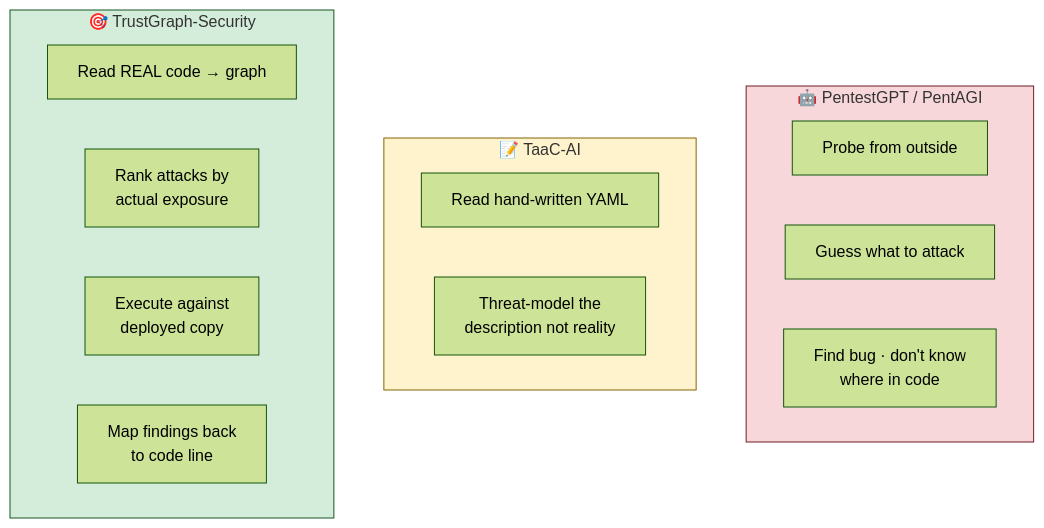
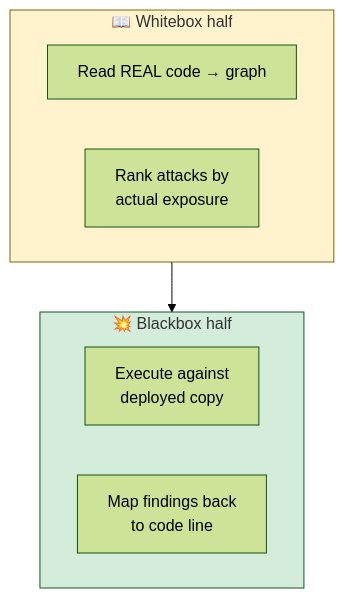
Diagram 18 of 20 in PRIMER.md (DevOpsMadDog/trustgraph-security), drawn with Mermaid (forest theme) before and after one commit. The commit also changed other lines of this file and 3 other files, not shown here.

````diff
--- a/PRIMER.md
+++ b/PRIMER.md
@@ -323,24 +351,16 @@
 ```mermaid
 flowchart TB
-    subgraph Others["🤖 PentestGPT / PentAGI"]
-        O1[Probe from outside]
-        O2[Guess what to attack]
-        O3[Find bug · don't know<br/>where in code]
+    subgraph WB["📖 Whitebox half"]
+        U1[Read REAL code → graph]
+        U2[Rank attacks by<br/>actual exposure]
     end
 
-    subgraph TaaC["📝 TaaC-AI"]
-        T1[Read hand-written YAML]
-        T2[Threat-model the<br/>description not reality]
-    end
-
-    subgraph Us["🎯 TrustGraph-Security"]
-        U1[Read REAL code → graph]
-        U2[Rank attacks by<br/>actual exposure]
+    subgraph BB["💥 Blackbox half"]
         U3[Execute against<br/>deployed copy]
         U4[Map findings back<br/>to code line]
     end
 
-    style Others fill:#f8d7da,stroke:#721c24
-    style TaaC fill:#fff3cd,stroke:#856404
-    style Us fill:#d4edda,stroke:#155724
+    WB --> BB
+    style WB fill:#fff3cd,stroke:#856404
+    style BB fill:#d4edda,stroke:#155724
 ```
````
